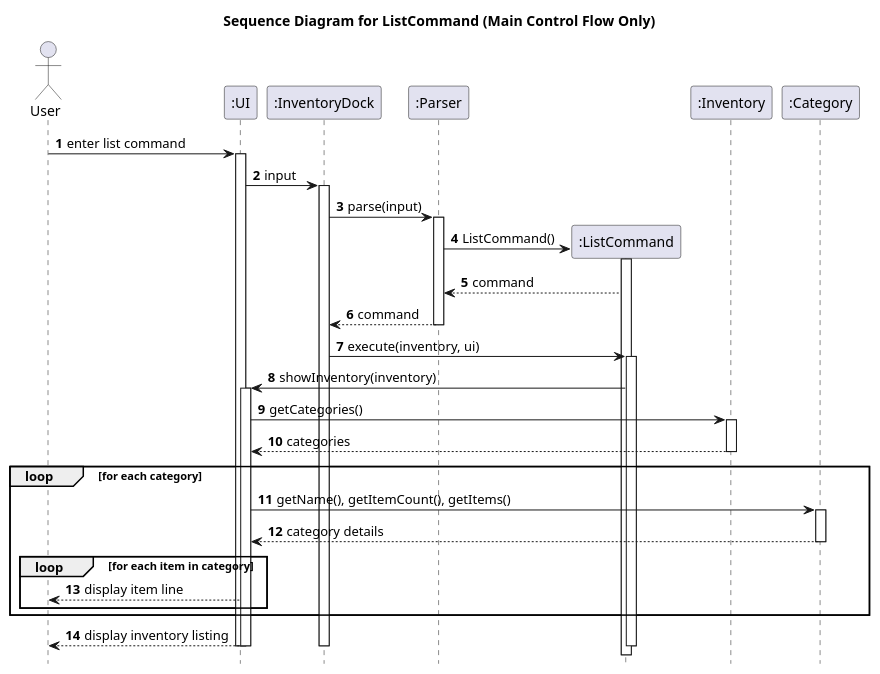
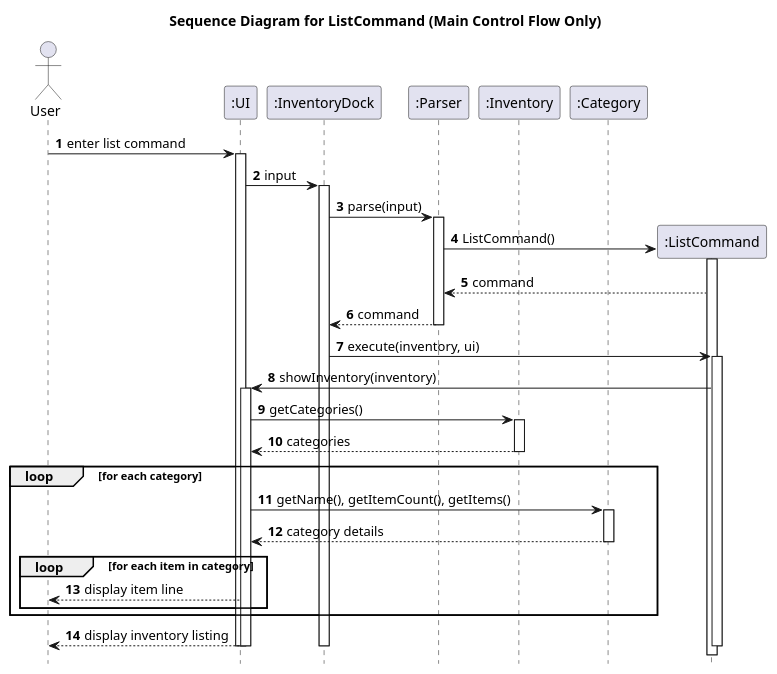
The diagram in docs/diagrams/sequence/ListCommandMainFlow.puml (KOIiiii07/tp), drawn with PlantUML before and after one commit. The commit also changed other lines of this file and 100 other files, not shown here.

Commit message:
Update diagrams

```diff
--- a/docs/diagrams/sequence/ListCommandMainFlow.puml
+++ b/docs/diagrams/sequence/ListCommandMainFlow.puml
@@ -1,54 +1,53 @@
 @startuml
 title Sequence Diagram for ListCommand (Main Control Flow Only)
 
 autonumber
 hide footbox
 
 actor User
 participant ":UI" as UI
 participant ":InventoryDock" as InventoryDock
 participant ":Parser" as Parser
-participant ":ListCommand" as ListCommand
 participant ":Inventory" as Inventory
 participant ":Category" as Category
 
 User -> UI: enter list command
 activate UI
 UI -> InventoryDock: input
 activate InventoryDock
 InventoryDock -> Parser: parse(input)
 activate Parser
 
-create ListCommand
+create ":ListCommand" as ListCommand
 Parser -> ListCommand: ListCommand()
 activate ListCommand
 ListCommand --> Parser: command
 Parser --> InventoryDock: command
 deactivate Parser
 
 InventoryDock -> ListCommand: execute(inventory, ui)
 activate ListCommand
 ListCommand -> UI: showInventory(inventory)
 activate UI
 UI -> Inventory: getCategories()
 activate Inventory
 Inventory --> UI: categories
 deactivate Inventory
 
 loop for each category
     UI -> Category: getName(), getItemCount(), getItems()
     activate Category
     Category --> UI: category details
     deactivate Category
     loop for each item in category
         UI --> User: display item line
     end
 end
 UI --> User: display inventory listing
 
 deactivate UI
 deactivate ListCommand
 
 deactivate InventoryDock
 deactivate UI
 @enduml
```
